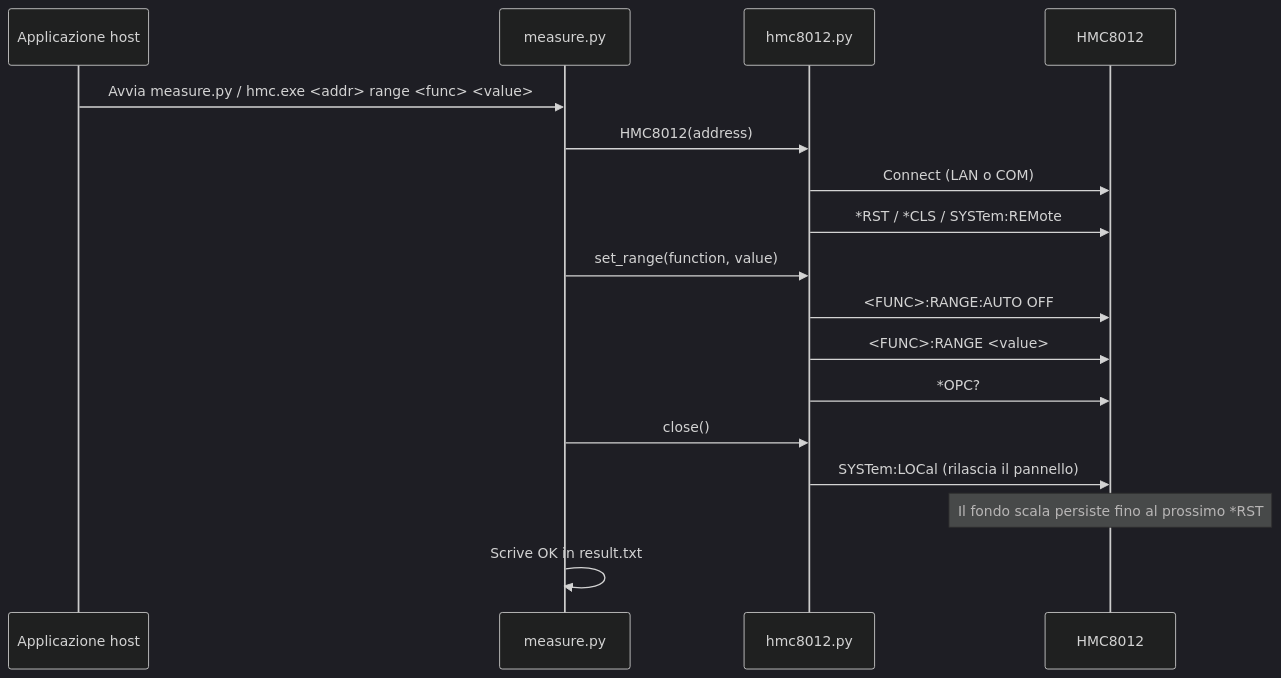
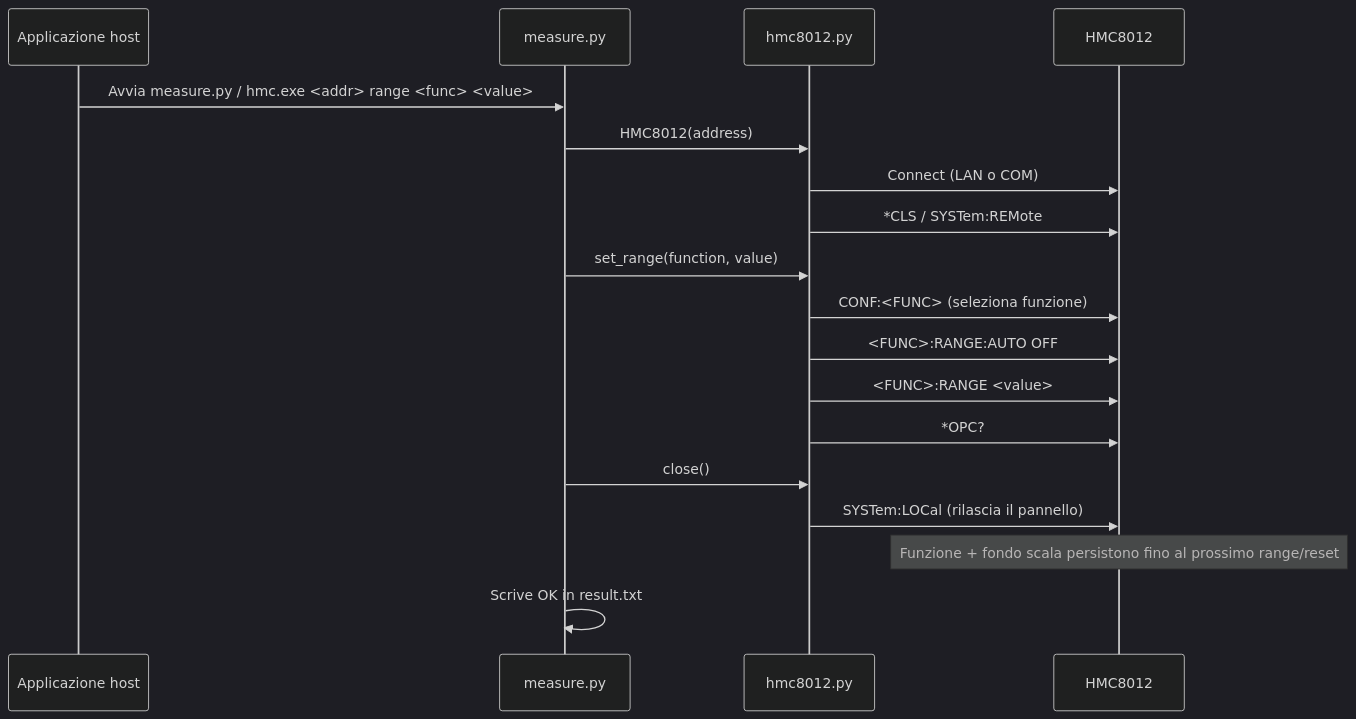
One commit to YarinCardillo/hmc8012-measure changed the second of 4 diagrams in README_ita.md. Above: the diagram before and after it, drawn with Mermaid (dark theme). The commit also changed other lines of this file and 3 other files, not shown here.

````diff
--- a/README_ita.md
+++ b/README_ita.md
@@ -143,24 +156,25 @@
 ```mermaid
 sequenceDiagram
     participant HOST as Applicazione host
     participant PY as measure.py
     participant DRV as hmc8012.py
     participant DMM as HMC8012
 
     HOST->>PY: Avvia measure.py / hmc.exe <addr> range <func> <value>
 
     PY->>DRV: HMC8012(address)
     DRV->>DMM: Connect (LAN o COM)
-    DRV->>DMM: *RST / *CLS / SYSTem:REMote
+    DRV->>DMM: *CLS / SYSTem:REMote
 
     PY->>DRV: set_range(function, value)
+    DRV->>DMM: CONF:<FUNC> (seleziona funzione)
     DRV->>DMM: <FUNC>:RANGE:AUTO OFF
     DRV->>DMM: <FUNC>:RANGE <value>
     DRV->>DMM: *OPC?
 
     PY->>DRV: close()
     DRV->>DMM: SYSTem:LOCal (rilascia il pannello)
 
-    Note over DMM: Il fondo scala persiste fino al prossimo *RST
+    Note over DMM: Funzione + fondo scala persistono fino al prossimo range/reset
     PY->>PY: Scrive OK in result.txt
 ```
````
